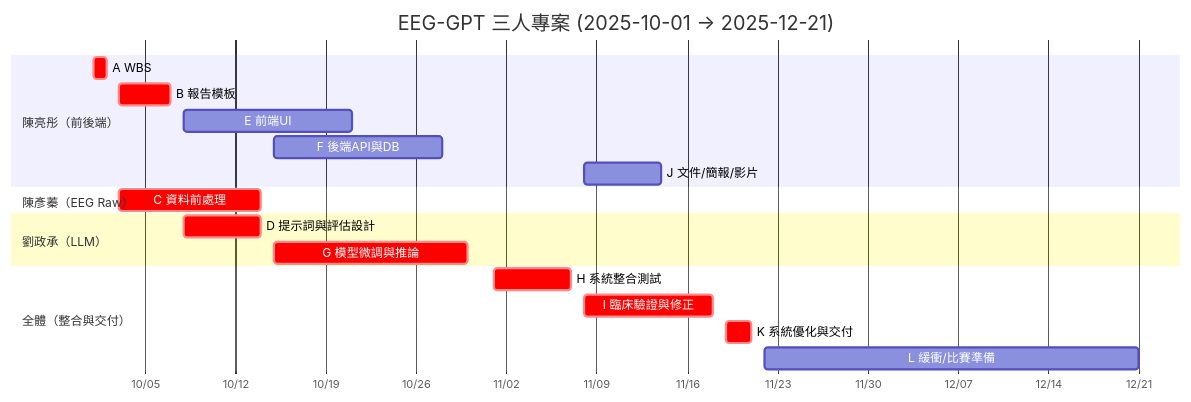
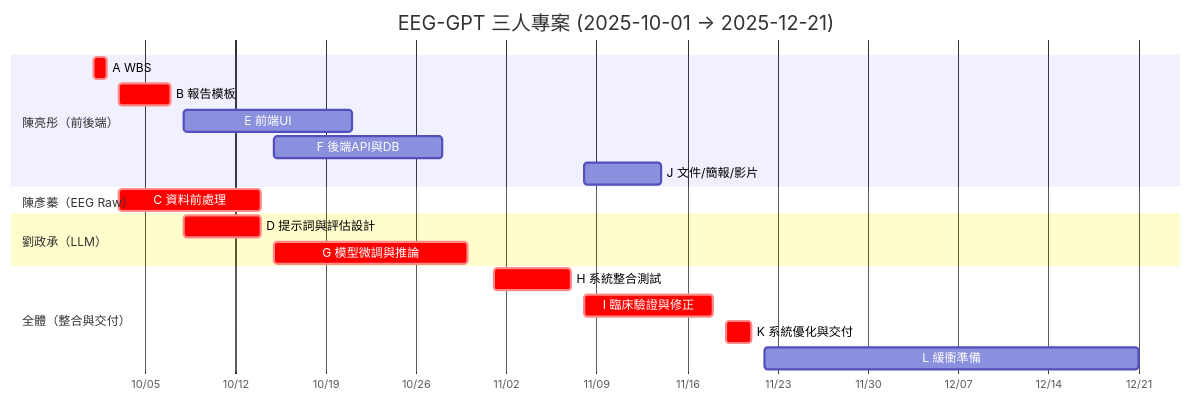
The second of 2 diagrams in 時程規劃.md (EEGReport-SystemAnalysis/One-Click-EEG-Report-Generation-System), drawn with Mermaid before and after one commit. The commit also changed other lines of this file, not shown here.

````diff
--- a/時程規劃.md
+++ b/時程規劃.md
@@ -95,26 +95,26 @@
 ```mermaid
 gantt
   dateFormat  YYYY-MM-DD
   axisFormat  %m/%d
   title EEG-GPT 三人專案 (2025-10-01 → 2025-12-21)
 
   section 陳亮彤（前後端）
   A WBS                   :crit, 2025-10-01, 2025-10-02
   B 報告模板               :crit, 2025-10-03, 2025-10-07
   E 前端UI                 :      2025-10-08, 2025-10-21
   F 後端API與DB           :      2025-10-15, 2025-10-28
   J 文件/簡報/影片        :      2025-11-08, 2025-11-14
 
   section 陳彥蓁（EEG Raw）
   C 資料前處理            :crit, 2025-10-03, 2025-10-14
 
   section 劉政承（LLM）
   D 提示詞與評估設計      :crit, 2025-10-08, 2025-10-14
   G 模型微調與推論        :crit, 2025-10-15, 2025-10-30
 
   section 全體（整合與交付）
   H 系統整合測試          :crit, 2025-11-01, 2025-11-07
   I 臨床驗證與修正        :crit, 2025-11-08, 2025-11-18
   K 系統優化與交付        :crit, 2025-11-19, 2025-11-21
-  L 緩衝/比賽準備         :      2025-11-22, 2025-12-21
+  L 緩衝準備         :      2025-11-22, 2025-12-21
 ```
````
